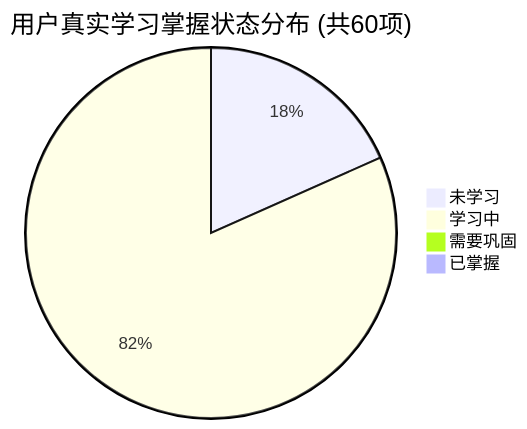
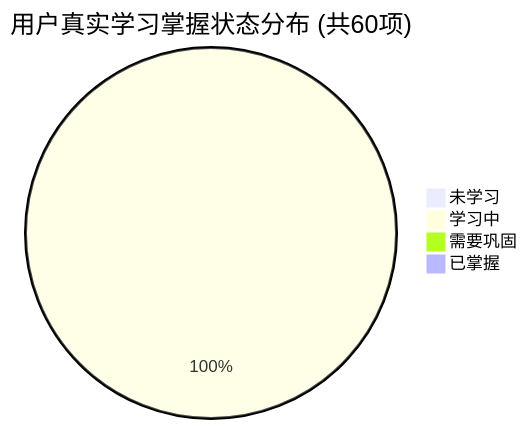
One commit to tieke1121/tech-interview-knowledge-base changed the first of 2 diagrams in PROGRESS.md. Above: the diagram before and after it, drawn with Mermaid. The commit also changed other lines of this file and 4 other files, not shown here.

````diff
--- a/PROGRESS.md
+++ b/PROGRESS.md
@@ -27,7 +27,7 @@
 ```mermaid
 pie title 用户真实学习掌握状态分布 (共60项)
-    "未学习" : 11
-    "学习中" : 49
+    "未学习" : 0
+    "学习中" : 60
     "需要巩固" : 0
     "已掌握" : 0
 ```
````
